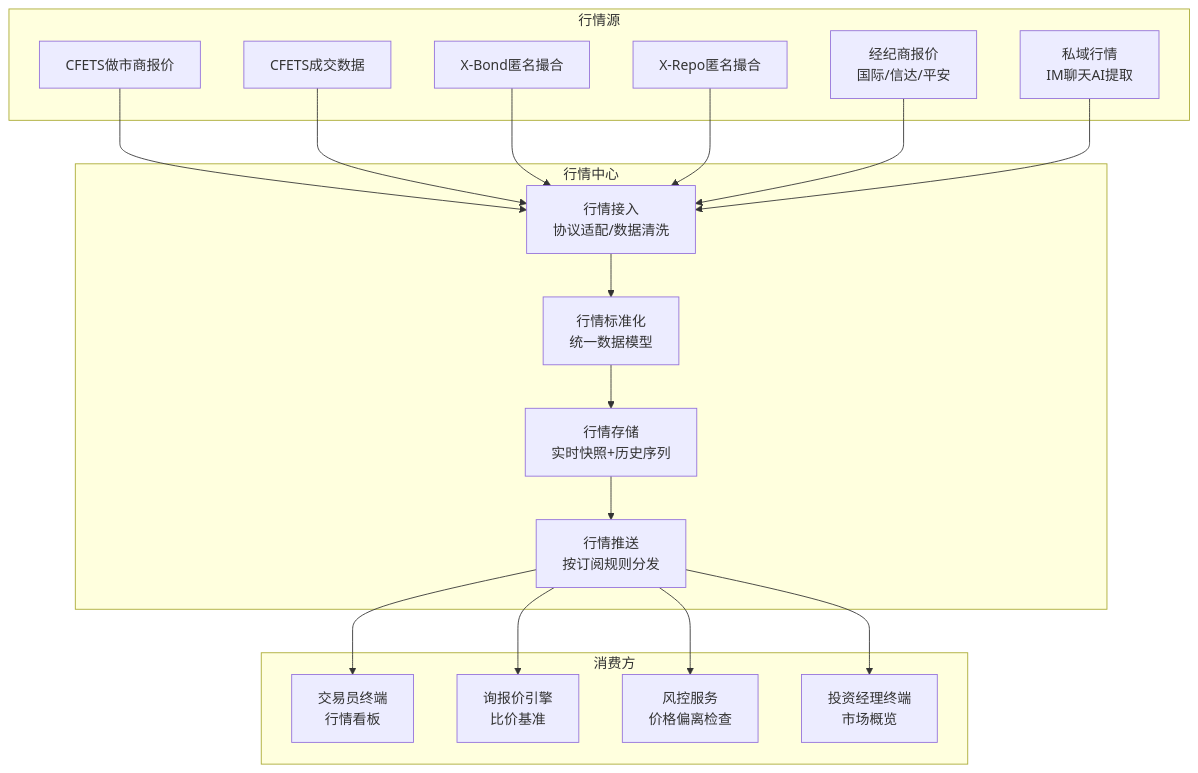
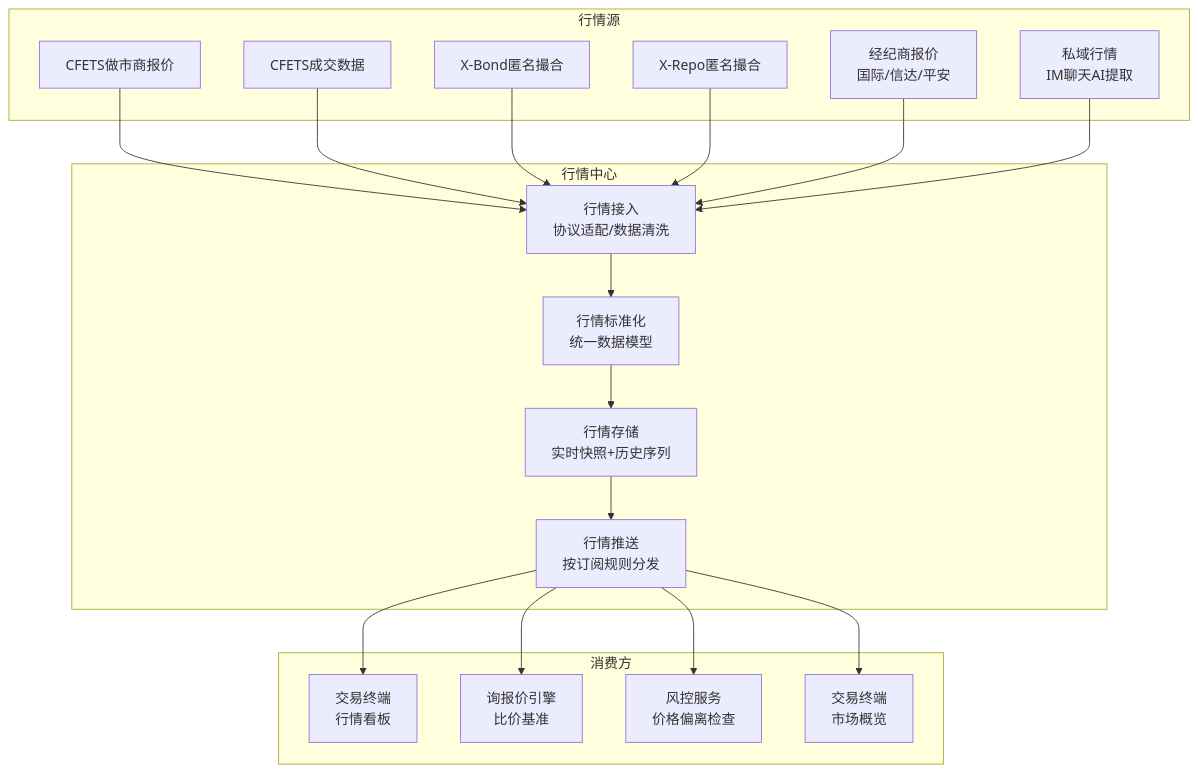
The fourth of 7 diagrams in 03-系统架构/README.md (wanzaixiaoxin/workbook), drawn with Mermaid before and after one commit. The commit also changed other lines of this file, not shown here.

````diff
--- a/03-系统架构/README.md
+++ b/03-系统架构/README.md
@@ -229,39 +227,39 @@
 ```mermaid
 graph TD
     subgraph 行情源
         S1["CFETS做市商报价"]
         S2["CFETS成交数据"]
         S3["X-Bond匿名撮合"]
         S4["X-Repo匿名撮合"]
         S5["经纪商报价<br>国际/信达/平安"]
         S6["私域行情<br>IM聊天AI提取"]
     end
 
     subgraph 行情中心
         INGEST["行情接入<br>协议适配/数据清洗"]
         NORMALIZE["行情标准化<br>统一数据模型"]
         STORE["行情存储<br>实时快照+历史序列"]
         PUB["行情推送<br>按订阅规则分发"]
     end
 
     subgraph 消费方
-        C1["交易员终端<br>行情看板"]
+        C1["交易终端<br>行情看板"]
         C2["询报价引擎<br>比价基准"]
         C3["风控服务<br>价格偏离检查"]
-        C4["投资经理终端<br>市场概览"]
+        C4["交易终端<br>市场概览"]
     end
 
     S1 --> INGEST
     S2 --> INGEST
     S3 --> INGEST
     S4 --> INGEST
     S5 --> INGEST
     S6 --> INGEST
     INGEST --> NORMALIZE
     NORMALIZE --> STORE
     STORE --> PUB
     PUB --> C1
     PUB --> C2
     PUB --> C3
     PUB --> C4
 ```
````
